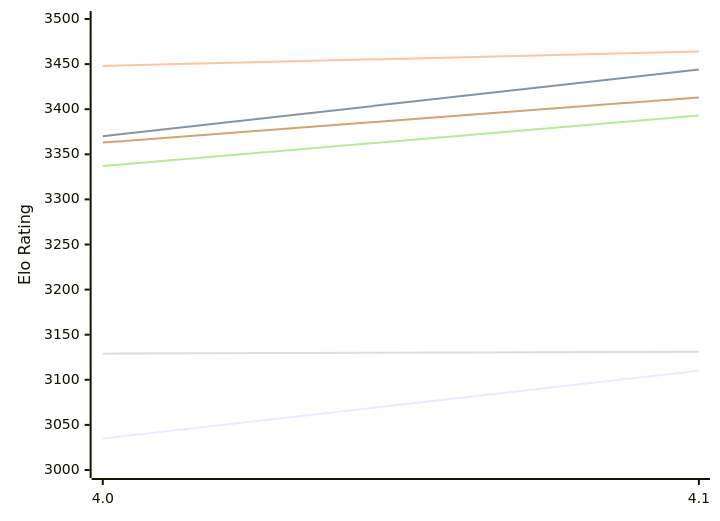
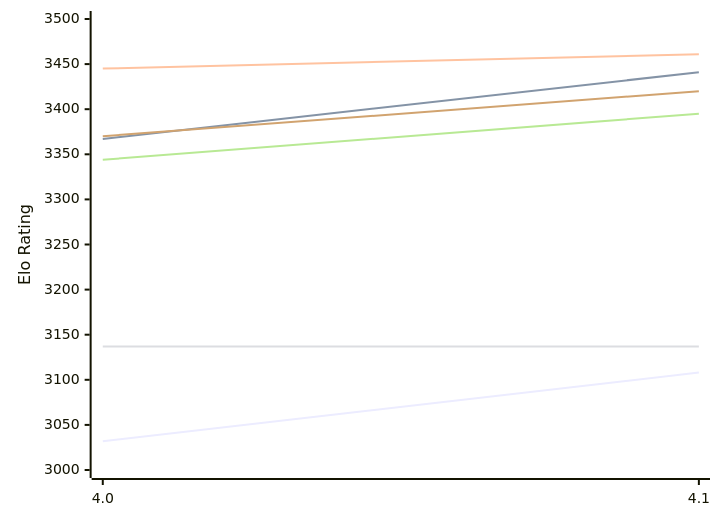
The first of 2 diagrams in engines/Eleanor.md (computer-chess-index/cci), drawn with Mermaid before and after one commit. The commit also changed other lines of this file, not shown here.

Commit message:
Update CCI Ratings (ELO VLTC) - 2026-11-23

````diff
--- a/engines/Eleanor.md
+++ b/engines/Eleanor.md
@@ -51,12 +51,12 @@
 ```mermaid
 %%{init: {"theme":"base","themeVariables":{"seriesColors:['#a3a3a3','#222221','#faa371']}}}%%
 xychart-beta
   x-axis ["4.0", "4.1"]
   y-axis "Elo Rating" 3000 --> 3500
-  line "E1: STC (8.0+0.08s)" [3035, 3110]
-  line "E1: LTC (60.0+0.60s)" [3370, 3444]
-  line "E1: VLTC (2m24s+1.12s)" [3448, 3464]
-  line "P1: STC (8.0+0.08s)" [3129, 3131]
-  line "P1: LTC (60.0+0.60s)" [3337, 3393]
-  line "P1: VLTC (2m24s+1.12s)" [3363, 3413]
+  line "E1: STC (8.0+0.08s)" [3032, 3108]
+  line "E1: LTC (60.0+0.60s)" [3367, 3441]
+  line "E1: VLTC (2m24s+1.12s)" [3445, 3461]
+  line "P1: STC (8.0+0.08s)" [3137, 3137]
+  line "P1: LTC (60.0+0.60s)" [3344, 3395]
+  line "P1: VLTC (2m24s+1.12s)" [3370, 3420]
 ```
````
